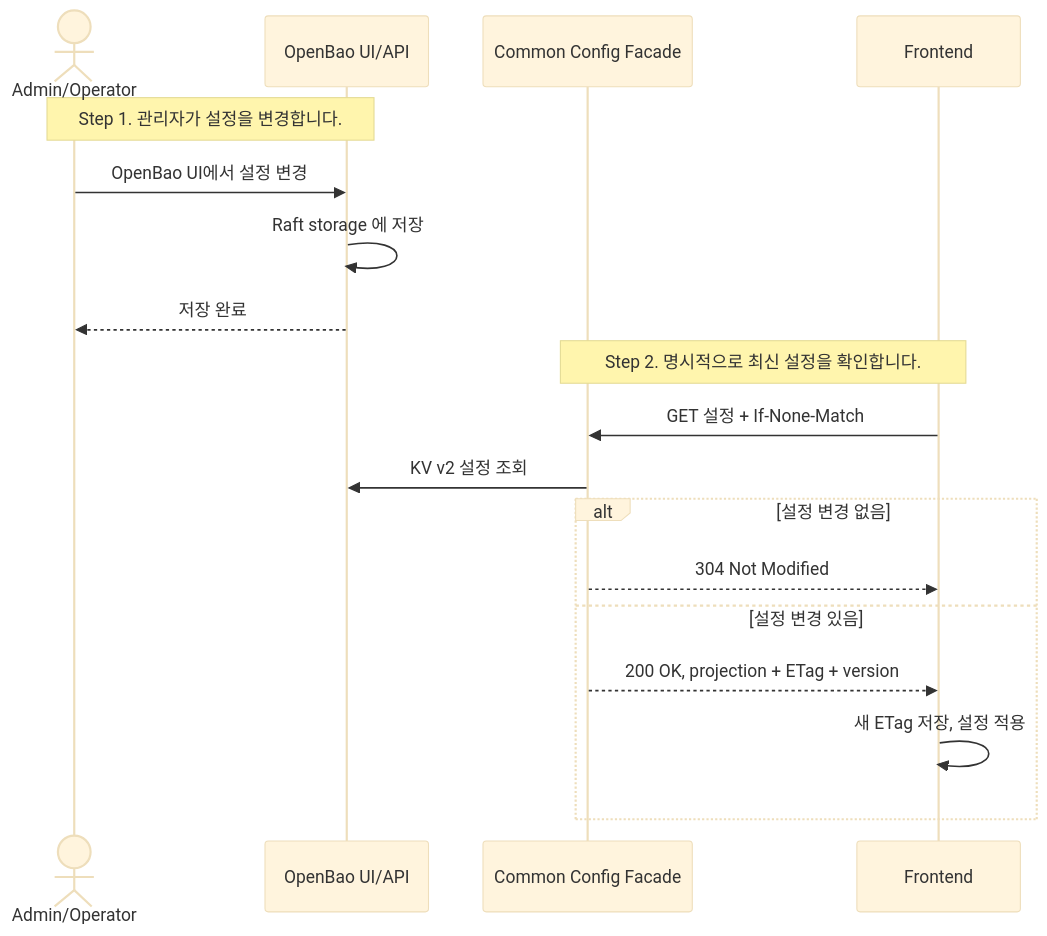
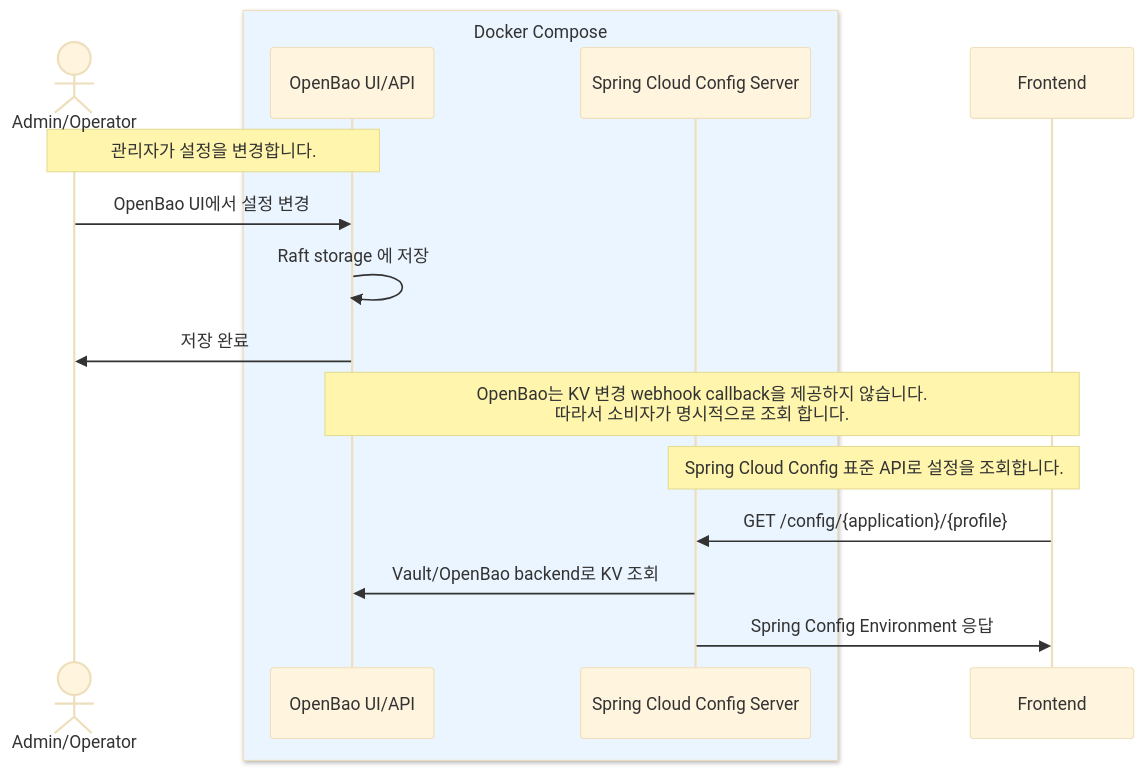
Before and after one commit to Hyune-s-lab/my-spring-cloud-config: the first of 2 diagrams in docs/02-architecture.md, drawn with Mermaid (base theme). The commit also changed other lines of this file and 29 other files, not shown here.

Commit message:
feat: bootstrap common config phase 1

````diff
--- a/docs/02-architecture.md
+++ b/docs/02-architecture.md
@@ -24,20 +10,18 @@
 ```mermaid
 sequenceDiagram
     actor Admin as Admin/Operator
-    participant Bao as OpenBao UI/API
-    participant Facade as Common Config Facade
+    box rgb(235, 245, 255) Docker Compose
+        participant Bao as OpenBao UI/API
+        participant Config as Spring Cloud Config Server
+    end
     participant FE as Frontend
-    Note over Admin, Bao: Step 1. 관리자가 설정을 변경합니다.
+    Note over Admin, Bao: 관리자가 설정을 변경합니다.
     Admin ->> Bao: OpenBao UI에서 설정 변경
     Bao ->> Bao: Raft storage 에 저장
-    Bao -->> Admin: 저장 완료
-    Note over FE, Facade: Step 2. 명시적으로 최신 설정을 확인합니다.
-    FE ->> Facade: GET 설정 + If-None-Match
-    Facade ->> Bao: KV v2 설정 조회
-    alt 설정 변경 없음
-        Facade -->> FE: 304 Not Modified
-    else 설정 변경 있음
-        Facade -->> FE: 200 OK, projection + ETag + version
-        FE ->> FE: 새 ETag 저장, 설정 적용
-    end
+    Bao ->> Admin: 저장 완료
+    Note over Bao, FE: OpenBao는 KV 변경 webhook callback을 제공하지 않습니다. <br>따라서 소비자가 명시적으로 조회 합니다.
+    Note over FE, Config: Spring Cloud Config 표준 API로 설정을 조회합니다.
+    FE ->> Config: GET /config/{application}/{profile}
+    Config ->> Bao: Vault/OpenBao backend로 KV 조회
+    Config ->> FE: Spring Config Environment 응답
 ```
````
